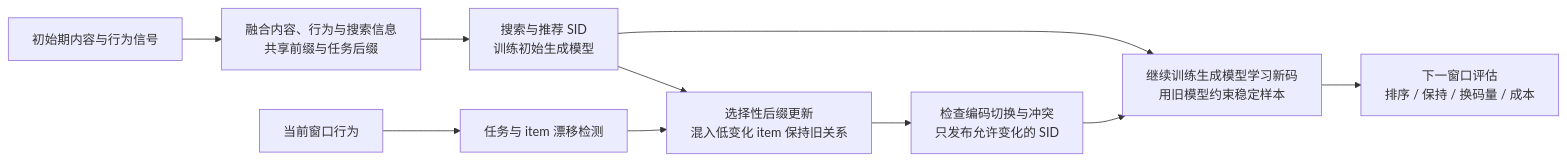
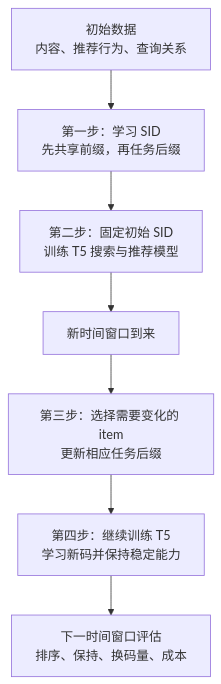
The diagram in README.md (fferriswheel/TemGenSAR), drawn with Mermaid before and after one commit. The commit also changed other lines of this file and 3 other files, not shown here.

````diff
--- a/README.md
+++ b/README.md
@@ -30,12 +26,9 @@
 ```mermaid
-flowchart LR
-    A["初始期内容与行为信号"] --> B["融合内容、行为与搜索信息<br/>共享前缀与任务后缀"]
-    B --> C["搜索与推荐 SID<br/>训练初始生成模型"]
-    D["当前窗口行为"] --> E["任务与 item 漂移检测"]
-    C --> F["选择性后缀更新<br/>混入低变化 item 保持旧关系"]
-    E --> F
-    F --> G["检查编码切换与冲突<br/>只发布允许变化的 SID"]
-    G --> H["继续训练生成模型学习新码<br/>用旧模型约束稳定样本"]
-    C --> H
-    H --> I["下一窗口评估<br/>排序 / 保持 / 换码量 / 成本"]
+flowchart TB
+    A["初始数据<br/>内容、推荐行为、查询关系"] --> B["第一步：学习 SID<br/>先共享前缀，再任务后缀"]
+    B --> C["第二步：固定初始 SID<br/>训练 T5 搜索与推荐模型"]
+    C --> D["新时间窗口到来"]
+    D --> E["第三步：选择需要变化的 item<br/>更新相应任务后缀"]
+    E --> F["第四步：继续训练 T5<br/>学习新码并保持稳定能力"]
+    F --> G["下一时间窗口评估<br/>排序、保持、换码量、成本"]
 ```
````
